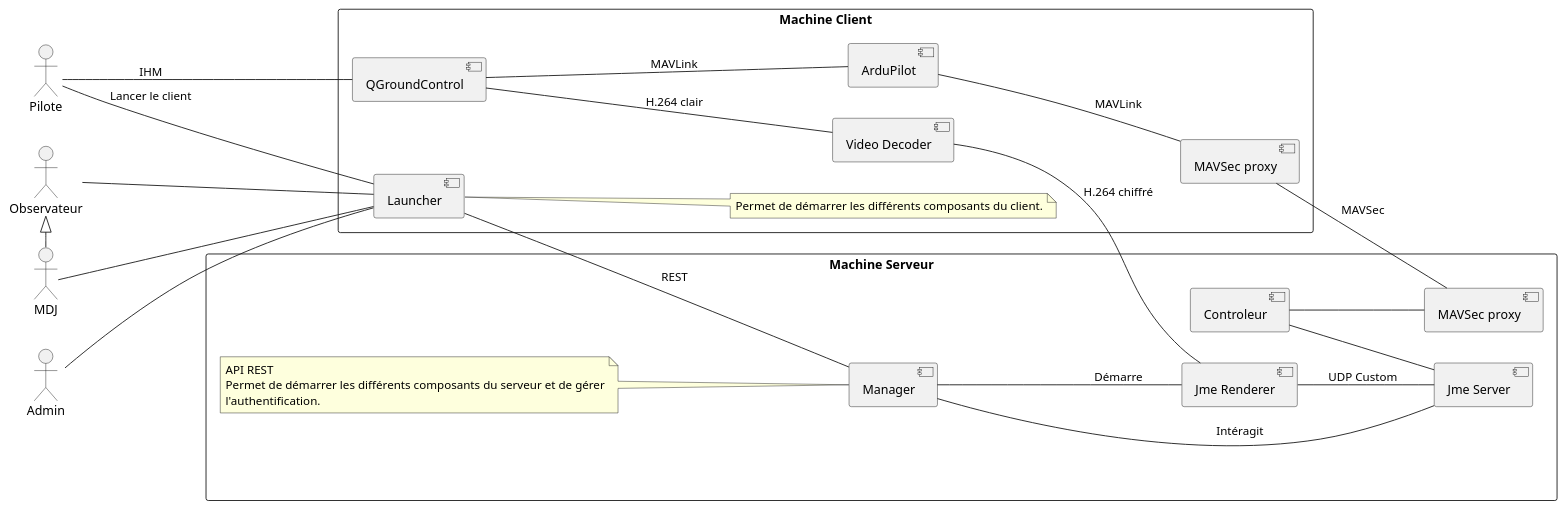
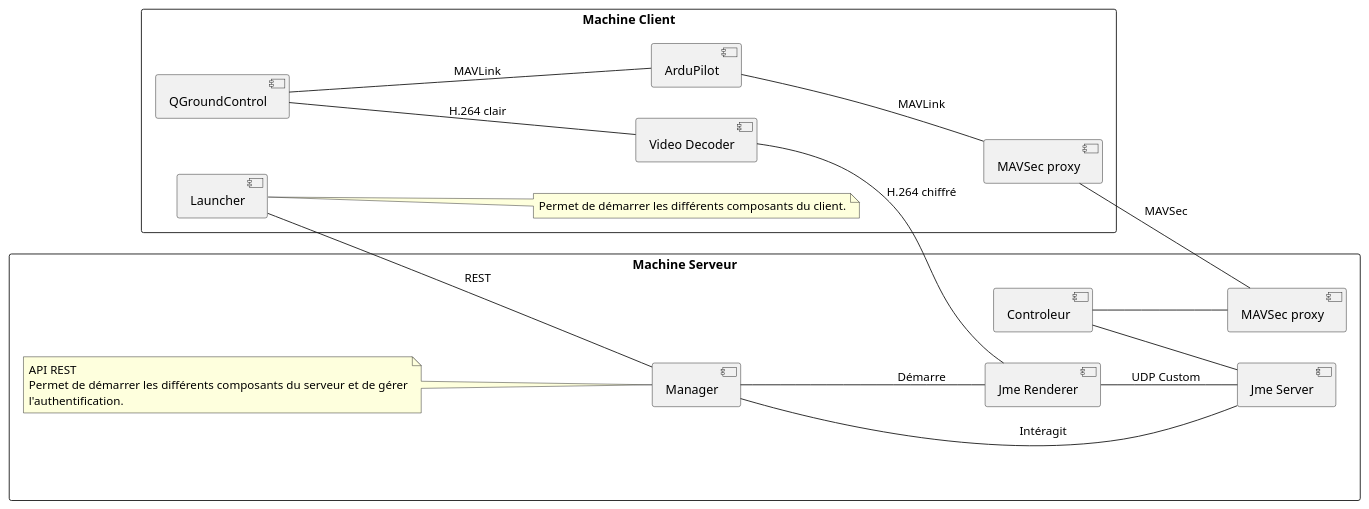
The diagram in doc/ardupilot_server_components.puml (tombartos/SAE-DRONE), drawn with PlantUML before and after one commit. The commit also changed 4 other files, not shown here.

```diff
--- a/doc/ardupilot_server_components.puml
+++ b/doc/ardupilot_server_components.puml
@@ -1,59 +1,49 @@
 @startuml
 
 left to right direction
 
-actor Admin
-actor Pilote
-actor Observateur
-actor MDJ
-
-MDJ -left-|> Observateur
 
 rectangle "Machine Client" {
     component "Launcher" as Launcher
     component "Video Decoder" as VideoDecoder
     component QGroundControl
     component "MAVSec proxy" as SecProxy1
     component ArduPilot
 
-    Pilote -- QGroundControl : IHM
-    Pilote -- Launcher : Lancer le client
     note right of Launcher
         Permet de démarrer les différents composants du client.
     end note
     QGroundControl -- ArduPilot : MAVLink
     ArduPilot -- SecProxy1 : MAVLink
 }
 
 
 rectangle "Machine Serveur" {
     component "Controleur" as Controller
     component "Video Decoder" as JmeRenderer
     component "Jme Renderer" as JmeRenderer
     component "Jme Server" as JmeServer
     component "MAVSec proxy" as SecProxy2
     component "Manager" as Manager
 
     Controller -- JmeServer
     JmeRenderer -- JmeServer : UDP Custom
     Manager -- JmeServer : Intéragit
     Manager -- JmeRenderer : Démarre
     Launcher -- Manager : REST
     Controller -- SecProxy2
 
 
     note left of Manager
         API REST
         Permet de démarrer les différents composants du serveur et de gérer
         l'authentification.
     end note
 }
 
 SecProxy1 -- SecProxy2 : MAVSec
 QGroundControl -- VideoDecoder : H.264 clair
 VideoDecoder -- JmeRenderer : H.264 chiffré
-Admin -- Launcher
-Observateur -- Launcher
-MDJ -- Launcher
+
 
 @enduml
```
